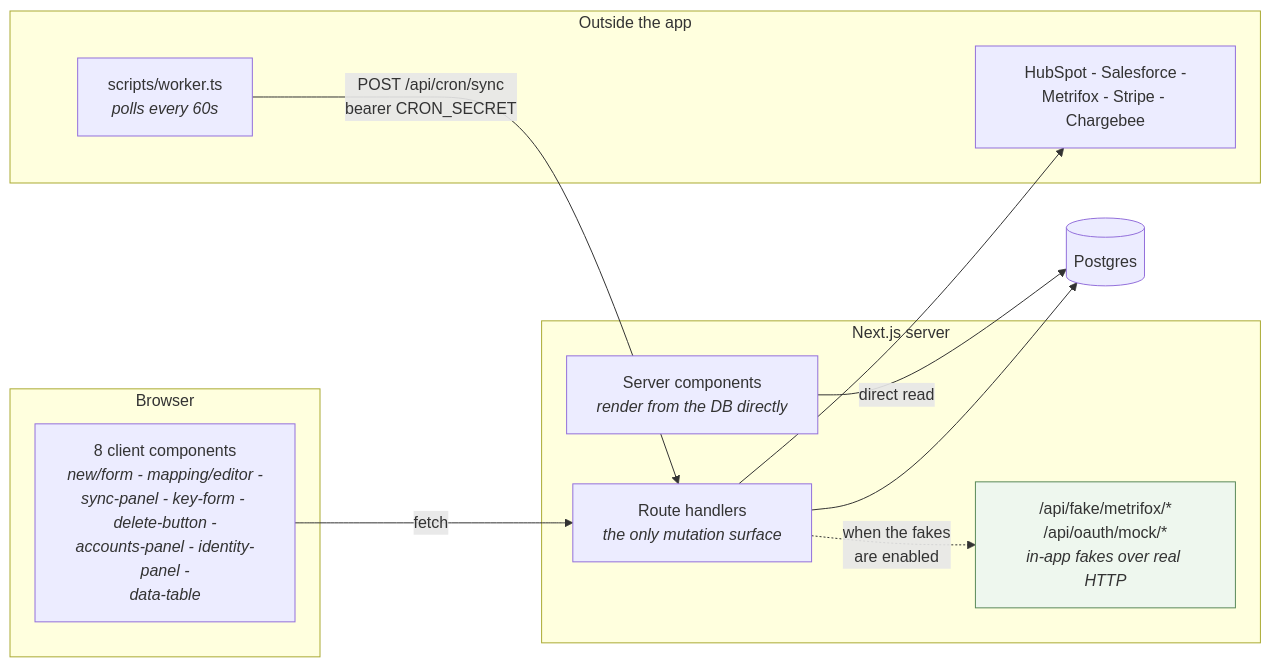
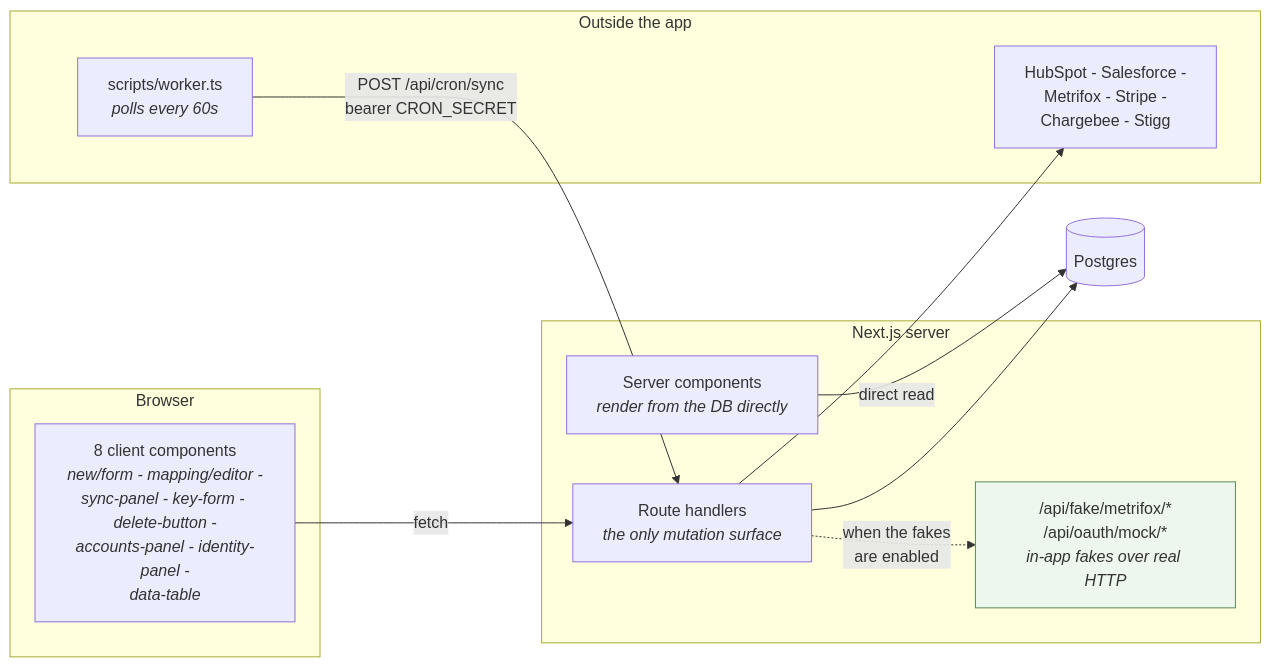
The ninth of 9 diagrams in docs/architecture.md (ajibade-ibrahim/Integration-Demo), drawn with Mermaid before and after one commit. The commit also changed other lines of this file and 10 other files, not shown here.

````diff
--- a/docs/architecture.md
+++ b/docs/architecture.md
@@ -676,26 +677,26 @@
 ```mermaid
 flowchart LR
     subgraph browser["Browser"]
         CC["8 client components<br/><i>new/form - mapping/editor -<br/>sync-panel - key-form - delete-button -<br/>accounts-panel - identity-panel -<br/>data-table</i>"]
     end
 
     subgraph server["Next.js server"]
         RSC["Server components<br/><i>render from the DB directly</i>"]
         RH["Route handlers<br/><i>the only mutation surface</i>"]
         FAKE["/api/fake/metrifox/*<br/>/api/oauth/mock/*<br/><i>in-app fakes over real HTTP</i>"]
     end
 
     subgraph outside["Outside the app"]
         W["scripts/worker.ts<br/><i>polls every 60s</i>"]
-        EXT["HubSpot - Salesforce -<br/>Metrifox - Stripe - Chargebee"]
+        EXT["HubSpot - Salesforce -<br/>Metrifox - Stripe -<br/>Chargebee - Stigg"]
     end
 
     CC -->|fetch| RH
     RSC -->|direct read| DB[("Postgres")]
     RH --> DB
     RH --> EXT
     W -->|"POST /api/cron/sync<br/>bearer CRON_SECRET"| RH
     RH -.->|"when the fakes<br/>are enabled"| FAKE
 
     style FAKE fill:#eef7ee,stroke:#5a8a5a
 ```
````
